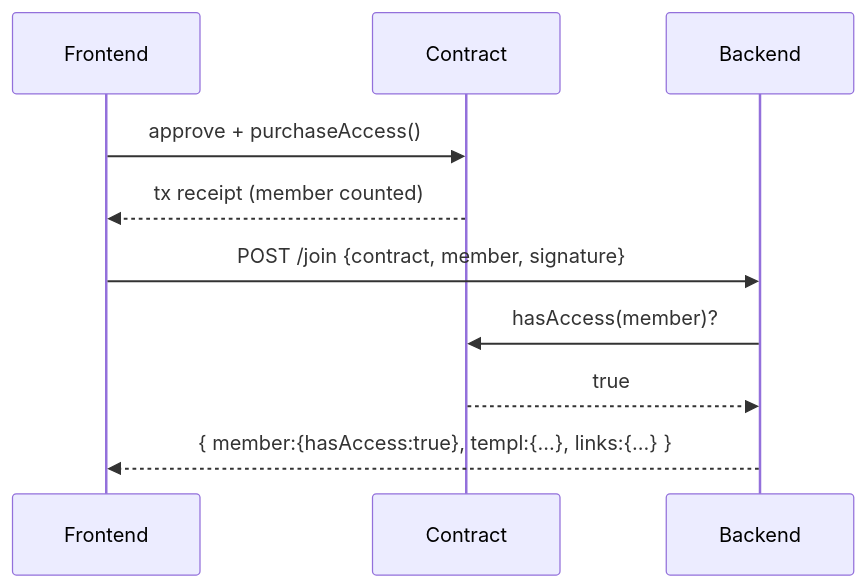
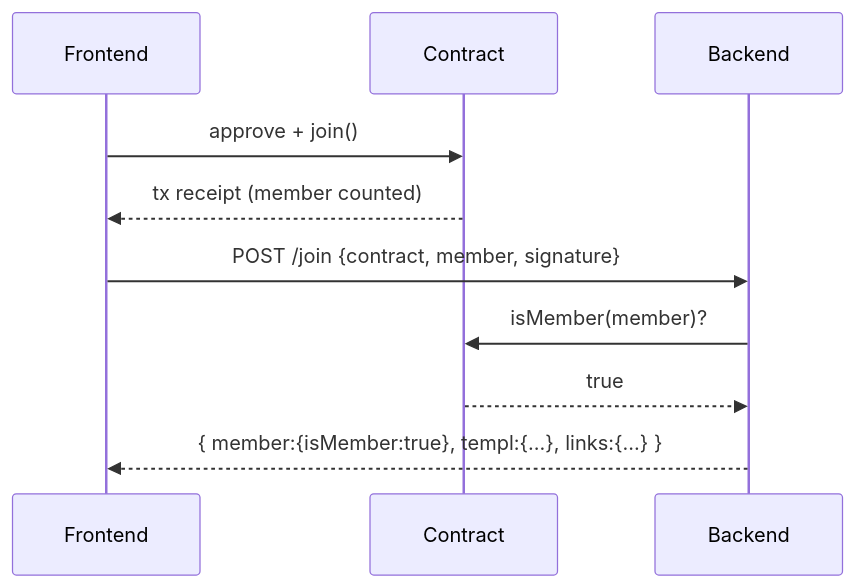
The fourth of 11 diagrams in docs/CORE_FLOW_DOCS.MD (templ-fun/templ-evm-protocol), drawn with Mermaid before and after one commit. The commit also changed other lines of this file and 69 other files, not shown here.

Commit message:
refactor: rename membership flows to join terminology

````diff
--- a/docs/CORE_FLOW_DOCS.MD
+++ b/docs/CORE_FLOW_DOCS.MD
@@ -63,12 +63,12 @@
 ```mermaid
 sequenceDiagram
     participant F as Frontend
     participant C as Contract
     participant B as Backend
-    F->>C: approve + purchaseAccess()
+    F->>C: approve + join()
     C-->>F: tx receipt (member counted)
     F->>B: POST /join {contract, member, signature}
-    B->>C: hasAccess(member)?
+    B->>C: isMember(member)?
     C-->>B: true
-    B-->>F: { member:{hasAccess:true}, templ:{...}, links:{...} }
+    B-->>F: { member:{isMember:true}, templ:{...}, links:{...} }
 ```
````
